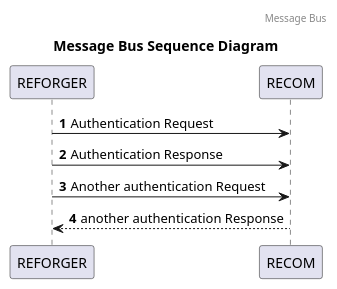
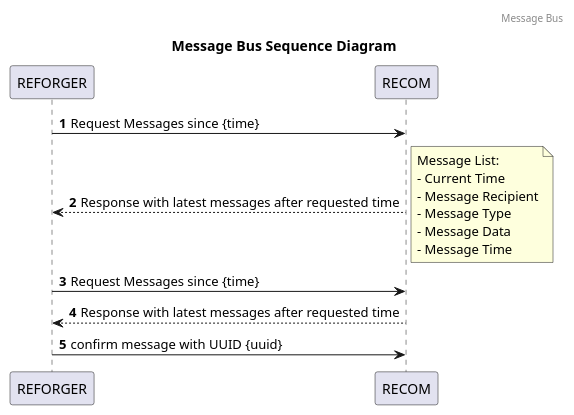
One commit to svencc/ReforgerCommanderBackend changed the diagram in docs/concept/Command-Bus.puml. Above: the diagram before and after it, drawn with PlantUML. The commit also changed 10 other files, not shown here.

```diff
--- a/docs/concept/Command-Bus.puml
+++ b/docs/concept/Command-Bus.puml
@@ -1,15 +1,27 @@
 @startuml
 'https://plantuml.com/sequence-diagram
 
 header Message Bus
 title Message Bus Sequence Diagram
 
 autonumber
 
-REFORGER -> RECOM: Authentication Request
-REFORGER -> RECOM: Authentication Response
-REFORGER -> RECOM: Another authentication Request
-REFORGER <-- RECOM: another authentication Response
+REFORGER -> RECOM: Request Messages since {time}
+REFORGER <-- RECOM: Response with latest messages after requested time
+note right
+Message List:
+- Current Time
+- Message Recipient
+- Message Type
+- Message Data
+- Message Time
+end note
+
+REFORGER -> RECOM: Request Messages since {time}
+REFORGER <-- RECOM: Response with latest messages after requested time
+
+REFORGER -> RECOM: confirm message with UUID {uuid}
+
 
 
 @enduml
```
